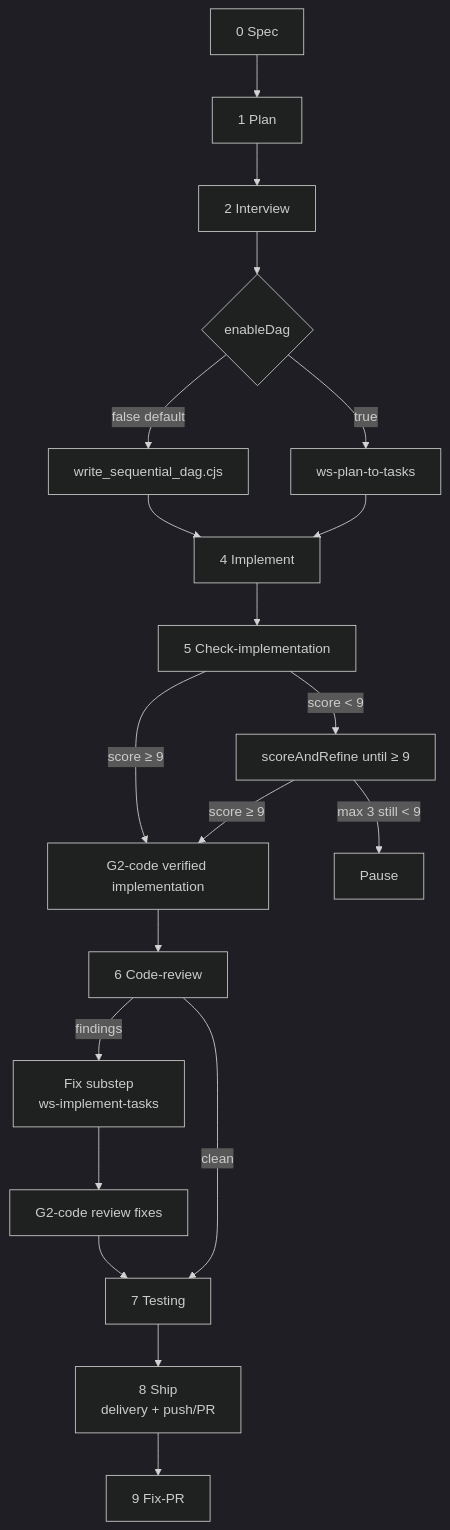
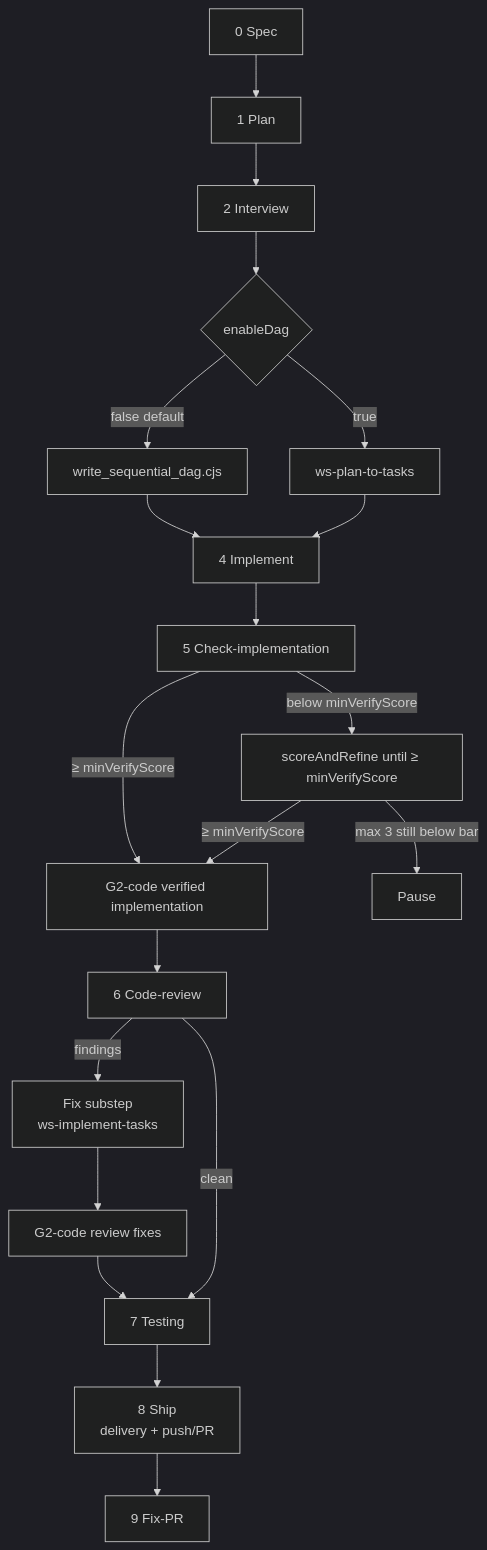
One commit to jpolvora/workflow-skills changed the second of 6 diagrams in .agents/skills/ws-spec-to-pr/DIAGRAM.md. Above: the diagram before and after it, drawn with Mermaid (dark theme). The commit also changed 86 other files, not shown here.

First line of the commit message:
Add defaults.minVerifyScore so the Step 5 advance bar is configurable.

````diff
--- a/.agents/skills/ws-spec-to-pr/DIAGRAM.md
+++ b/.agents/skills/ws-spec-to-pr/DIAGRAM.md
@@ -25,22 +25,22 @@
 ```mermaid
 flowchart TD
   S0[0 Spec] --> S1[1 Plan]
   S1 --> S2[2 Interview]
   S2 --> S3{enableDag}
   S3 -->|false default| Stub[write_sequential_dag.cjs]
   S3 -->|true| Dag[ws-plan-to-tasks]
   Stub --> S4[4 Implement]
   Dag --> S4
   S4 --> S5[5 Check-implementation]
-  S5 -->|score ≥ 9| C1[G2-code verified implementation]
-  S5 -->|score < 9| G5[scoreAndRefine until ≥ 9]
-  G5 -->|score ≥ 9| C1
-  G5 -->|max 3 still < 9| P[Pause]
+  S5 -->|≥ minVerifyScore| C1[G2-code verified implementation]
+  S5 -->|below minVerifyScore| G5[scoreAndRefine until ≥ minVerifyScore]
+  G5 -->|≥ minVerifyScore| C1
+  G5 -->|max 3 still below bar| P[Pause]
   C1 --> S6[6 Code-review]
   S6 -->|findings| Fix[Fix substep<br/>ws-implement-tasks]
   Fix --> C2[G2-code review fixes]
   C2 --> S7[7 Testing]
   S6 -->|clean| S7
   S7 --> S8[8 Ship<br/>delivery + push/PR]
   S8 --> S9[9 Fix-PR]
 ```
````
